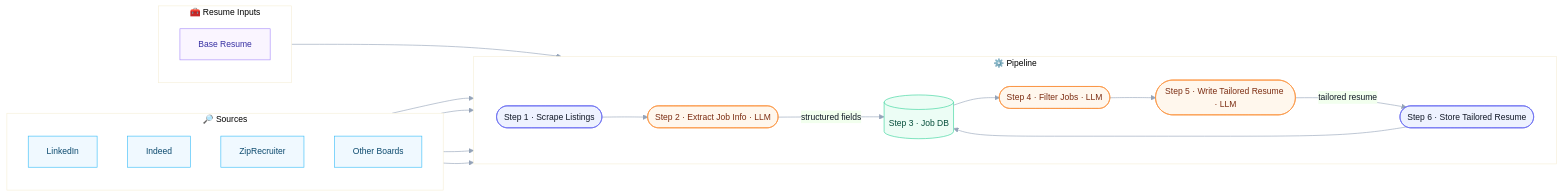
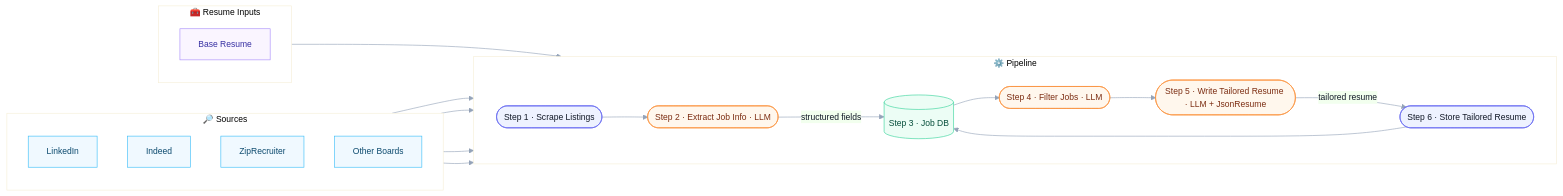
Before and after one commit to shahfiqon/ai-job-bot: the diagram in README.md, drawn with Mermaid. The commit also changed other lines of this file, not shown here.

Commit message:
doc: updated architecture and added ref for json resume

````diff
--- a/README.md
+++ b/README.md
@@ -67,61 +8,61 @@
 ```mermaid
 %%{init: {
   "theme": "base",
   "themeVariables": {
     "primaryColor": "#EEF2FF",
     "primaryTextColor": "#111827",
     "primaryBorderColor": "#6366F1",
     "lineColor": "#94A3B8",
     "fontSize": "14px",
     "fontFamily": "Inter, ui-sans-serif, system-ui"
   }
 }}%%
 flowchart LR
   %% LAYOUT
   %% Sources on left -> ETL/LLM center -> DB right
   %% ----------------------------------------------------------------
   subgraph S[🔎 Sources]
     direction TB
     A[LinkedIn]:::source
     B[Indeed]:::source
     C[ZipRecruiter]:::source
     D[Other Boards]:::source
   end
 
   subgraph P[⚙️ Pipeline]
     direction LR
     E([Step 1 · Scrape Listings]):::step
     F([Step 2 · Extract Job Info · LLM]):::llm
     G[(Step 3 · Job DB)]:::db
     H([Step 4 · Filter Jobs · LLM]):::llm
-    J([Step 5 · Write Tailored Resume · LLM]):::llm
+    J([Step 5 · Write Tailored Resume · LLM + JsonResume]):::llm
     K([Step 6 · Store Tailored Resume]):::step
   end
 
   subgraph R[🧰 Resume Inputs]
     direction TB
     I[Base Resume]:::input
   end
 
   %% FLOWS
   A --> E
   B --> E
   C --> E
   D --> E
 
   E --> F
   F -->|structured fields| G
 
   G --> H
   I --> H
   H --> J
   J -->|tailored resume| K
   K --> G
 
   %% STYLES
   classDef source fill:#F0F9FF,stroke:#38BDF8,stroke-width:1px,color:#0C4A6E;
   classDef step fill:#EEF2FF,stroke:#6366F1,stroke-width:1px,color:#111827;
   classDef llm fill:#FFF7ED,stroke:#FB923C,stroke-width:1px,color:#7C2D12;
   classDef db fill:#ECFDF5,stroke:#34D399,stroke-width:1px,color:#064E3B;
   classDef input fill:#FAF5FF,stroke:#A78BFA,stroke-width:1px,color:#3730A3;
 ```
````
